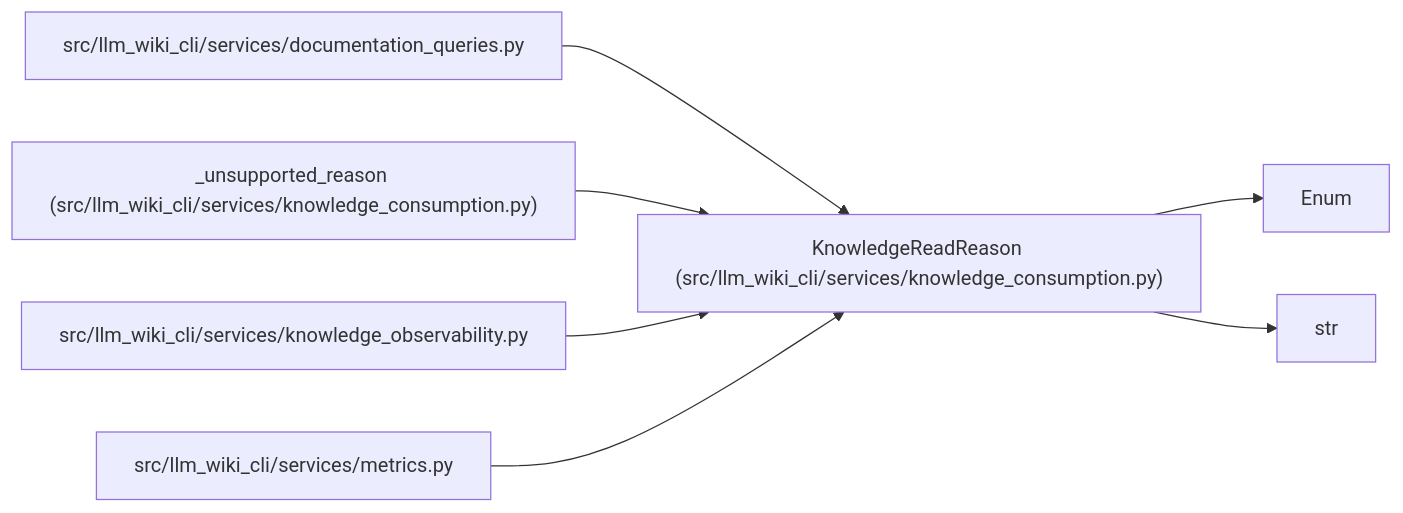
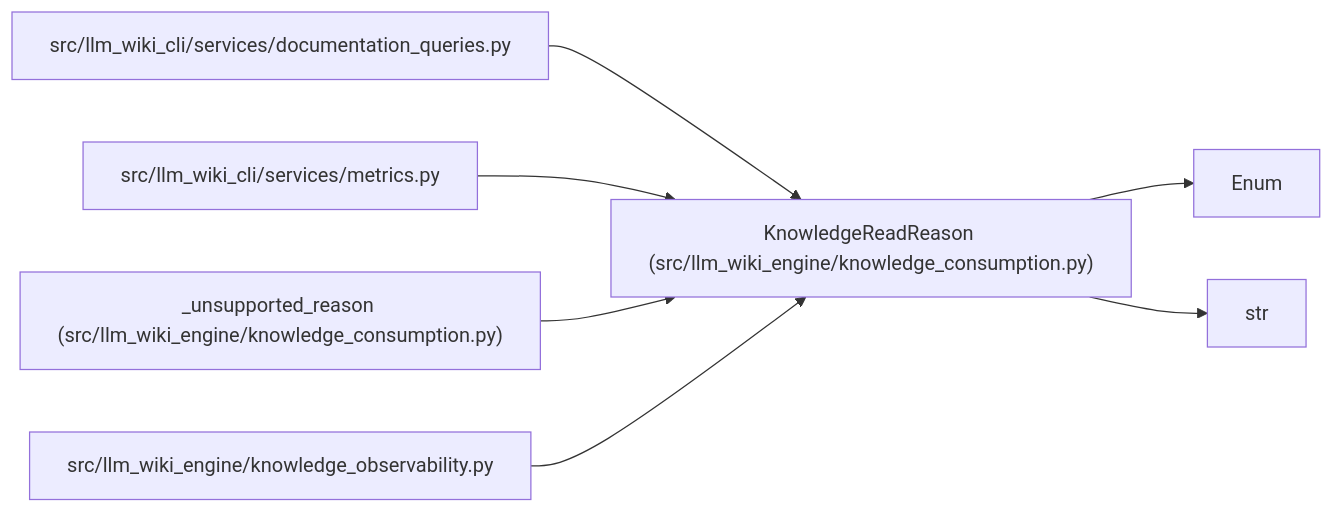
One commit to Denissvgn/python-wiki-llm changed the diagram in docs/llm_wiki/entities/KnowledgeReadReason.md. Above: the diagram before and after it, drawn with Mermaid. The commit also changed other lines of this file and 1058 other files, not shown here.

First line of the commit message:
docs: refresh the wiki for the knowledge store move

````diff
--- a/docs/llm_wiki/entities/KnowledgeReadReason.md
+++ b/docs/llm_wiki/entities/KnowledgeReadReason.md
@@ -32,21 +32,21 @@
 ```mermaid
 flowchart LR
-    n0["KnowledgeReadReason (src/llm_wiki_cli/services/knowledge_consumption.py)"]
+    n0["KnowledgeReadReason (src/llm_wiki_engine/knowledge_consumption.py)"]
     n1["Enum"]
     n2["str"]
     n3["src/llm_wiki_cli/services/documentation_queries.py"]
-    n4["_unsupported_reason (src/llm_wiki_cli/services/knowledge_consumption.py)"]
-    n5["src/llm_wiki_cli/services/knowledge_observability.py"]
-    n6["src/llm_wiki_cli/services/metrics.py"]
+    n4["src/llm_wiki_cli/services/metrics.py"]
+    n5["_unsupported_reason (src/llm_wiki_engine/knowledge_consumption.py)"]
+    n6["src/llm_wiki_engine/knowledge_observability.py"]
     n0 --> n1
     n0 --> n2
     n3 --> n0
     n4 --> n0
     n5 --> n0
     n6 --> n0
     click n0 "../modules/knowledge_consumption.md"
     click n3 "../modules/documentation_queries.md"
-    click n4 "../modules/knowledge_consumption.md"
-    click n5 "../modules/knowledge_observability.md"
-    click n6 "../modules/metrics.md"
+    click n4 "../modules/metrics.md"
+    click n5 "../modules/knowledge_consumption.md"
+    click n6 "../modules/knowledge_observability.md"
 ```
````
